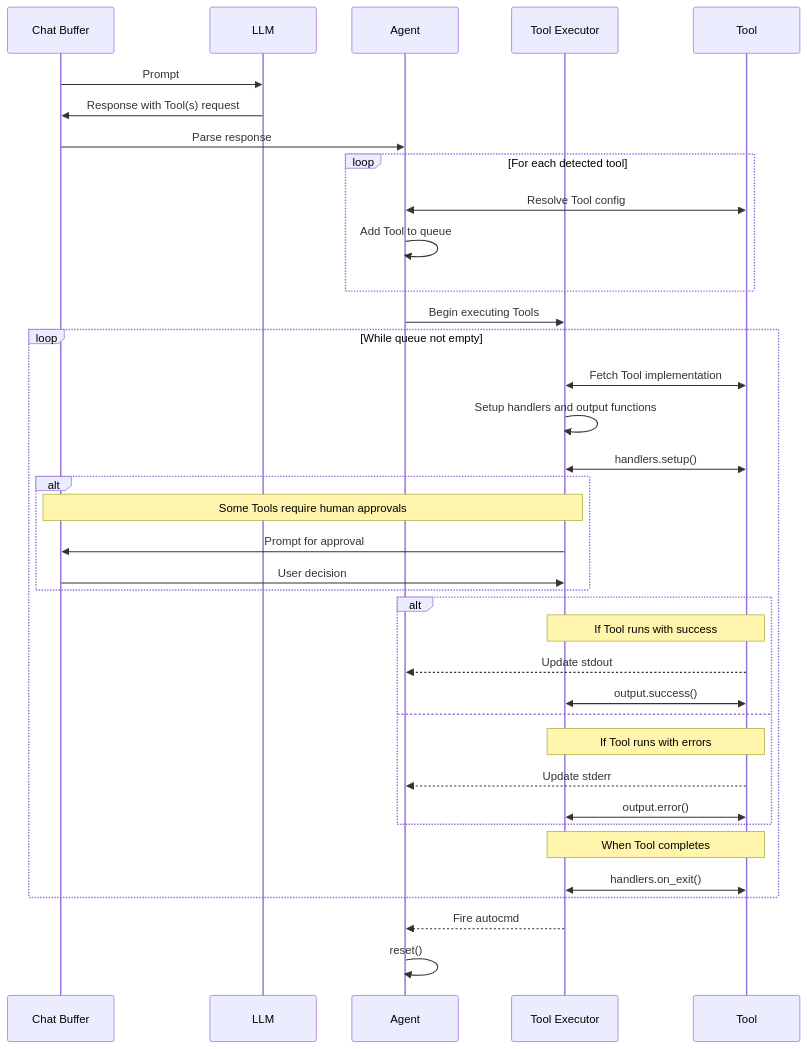
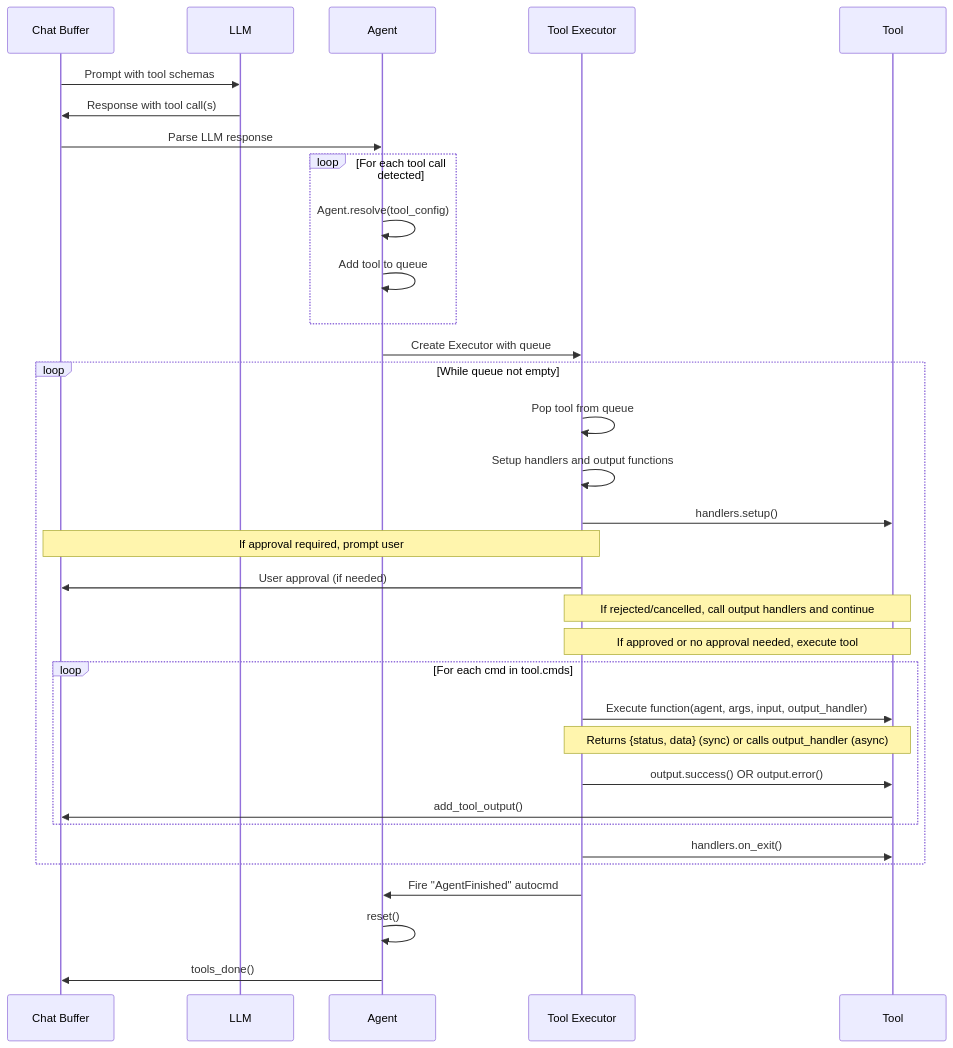
The diagram in doc/extending/tools.md (olimorris/codecompanion.nvim), drawn with Mermaid before and after one commit. The commit also changed other lines of this file and 15 other files, not shown here.

Commit message:
refactor(tools): use func executor for cmd-based tools (#1865)

````diff
--- a/doc/extending/tools.md
+++ b/doc/extending/tools.md
@@ -13,51 +13,45 @@
 ```mermaid
 sequenceDiagram
     participant C as Chat Buffer
     participant L as LLM
     participant A as Agent
     participant E as Tool Executor
     participant T as Tool
 
-    C->>L: Prompt
-    L->>C: Response with Tool(s) request
+    C->>L: Prompt with tool schemas
+    L->>C: Response with tool call(s)
 
-    C->>A: Parse response
+    C->>A: Parse LLM response
 
-    loop For each detected tool
-        A<<->>T: Resolve Tool config
-        A->>A: Add Tool to queue
+    loop For each tool call detected
+        A->>A: Agent.resolve(tool_config)
+        A->>A: Add tool to queue
     end
 
-    A->>E: Begin executing Tools
+    A->>E: Create Executor with queue
 
     loop While queue not empty
-        E<<->>T: Fetch Tool implementation
+        E->>E: Pop tool from queue
+        E->>E: Setup handlers and output functions
+        E->>T: handlers.setup()
 
-        E->>E: Setup handlers and output functions
-        T<<->>E: handlers.setup()
+        Note over E,C: If approval required, prompt user
+        E->>C: User approval (if needed)
 
-        alt
-        Note over C,E: Some Tools require human approvals
-            E->>C: Prompt for approval
-            C->>E: User decision
+        Note over E,T: If rejected/cancelled, call output handlers and continue
+        Note over E,T: If approved or no approval needed, execute tool
+
+        loop For each cmd in tool.cmds
+            E->>T: Execute function(agent, args, input, output_handler)
+            Note over T,E: Returns {status, data} (sync) or calls output_handler (async)
+            E->>T: output.success() OR output.error()
+            T->>C: add_tool_output()
         end
 
-
-        alt
-        Note over E,T: If Tool runs with success
-            T-->>A: Update stdout
-            E<<->>T: output.success()
-        else
-        Note over E,T: If Tool runs with errors
-            T-->>A: Update stderr
-            E<<->>T: output.error()
-        end
-
-        Note over E,T: When Tool completes
-        E<<->>T: handlers.on_exit()
+        E->>T: handlers.on_exit()
     end
 
-    E-->>A: Fire autocmd
-
+    E->>A: Fire "AgentFinished" autocmd
     A->>A: reset()
+    A->>C: tools_done()
 ```
````
